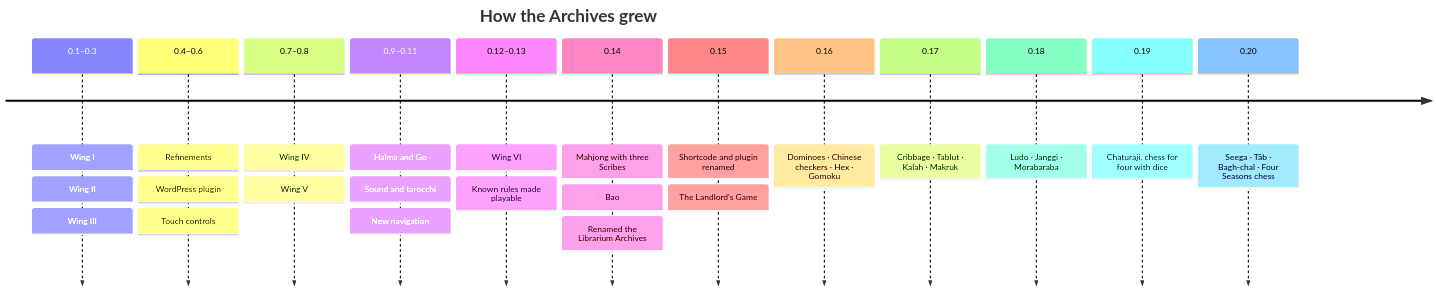
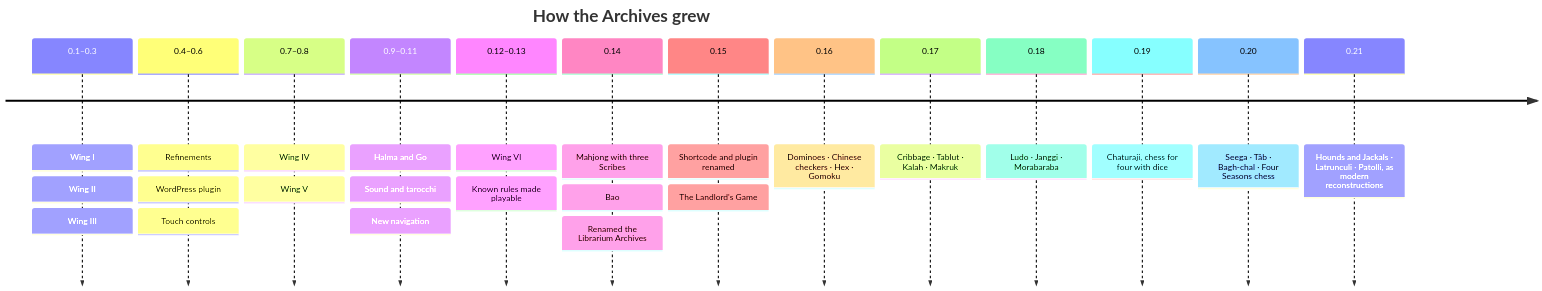
One commit to CptNope/Librarium-Archives changed the first of 2 diagrams in docs/roadmap.md. Above: the diagram before and after it, drawn with Mermaid. The commit also changed other lines of this file and 15 other files, not shown here.

First line of the commit message:
Play Hounds and Jackals, Latrunculi and Patolli as modern reconstructions

````diff
--- a/docs/roadmap.md
+++ b/docs/roadmap.md
@@ -3,16 +3,17 @@
 ```mermaid
 timeline
     title How the Archives grew
     0.1–0.3 : Wing I : Wing II : Wing III
     0.4–0.6 : Refinements : WordPress plugin : Touch controls
     0.7–0.8 : Wing IV : Wing V
     0.9–0.11 : Halma and Go : Sound and tarocchi : New navigation
     0.12–0.13 : Wing VI : Known rules made playable
     0.14 : Mahjong with three Scribes : Bao : Renamed the Librarium Archives
     0.15 : Shortcode and plugin renamed : The Landlord's Game
     0.16 : Dominoes · Chinese checkers · Hex · Gomoku
     0.17 : Cribbage · Tablut · Kalah · Makruk
     0.18 : Ludo · Janggi · Morabaraba
     0.19 : Chaturaji, chess for four with dice
     0.20 : Seega · Tâb · Bagh-chal · Four Seasons chess
+    0.21 : Hounds and Jackals · Latrunculi · Patolli, as modern reconstructions
 ```
````
